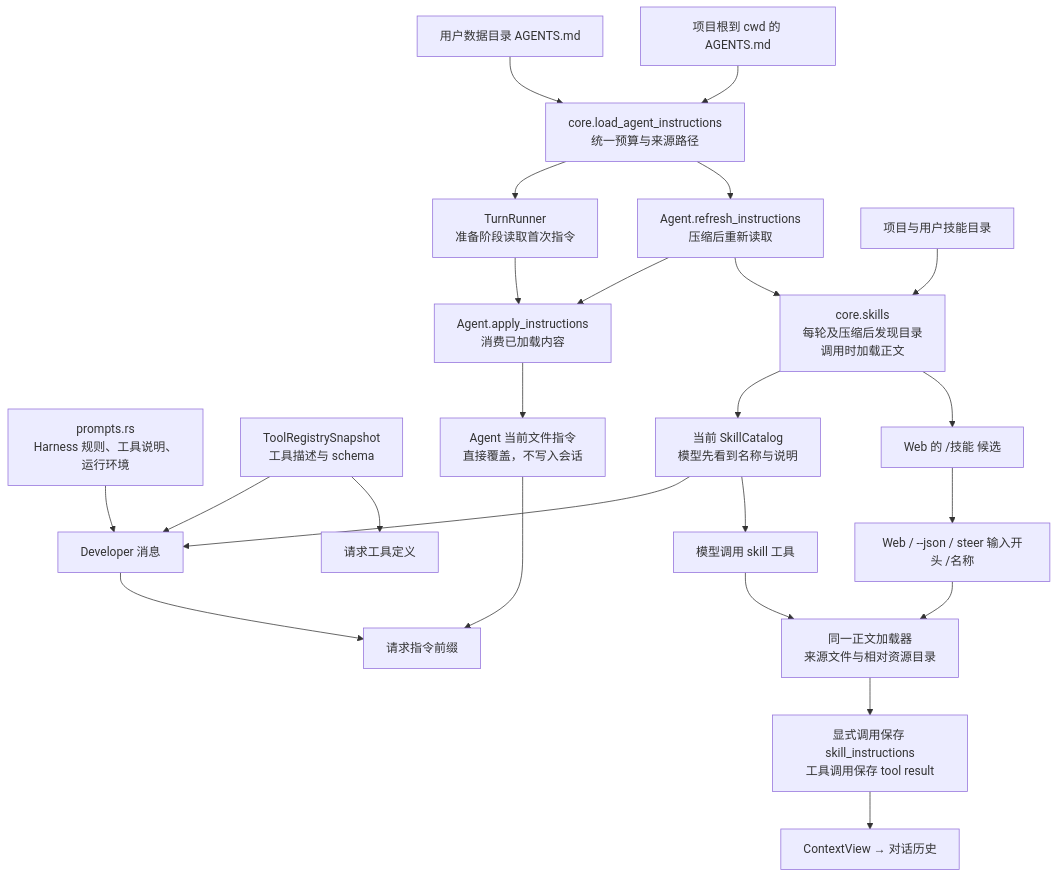
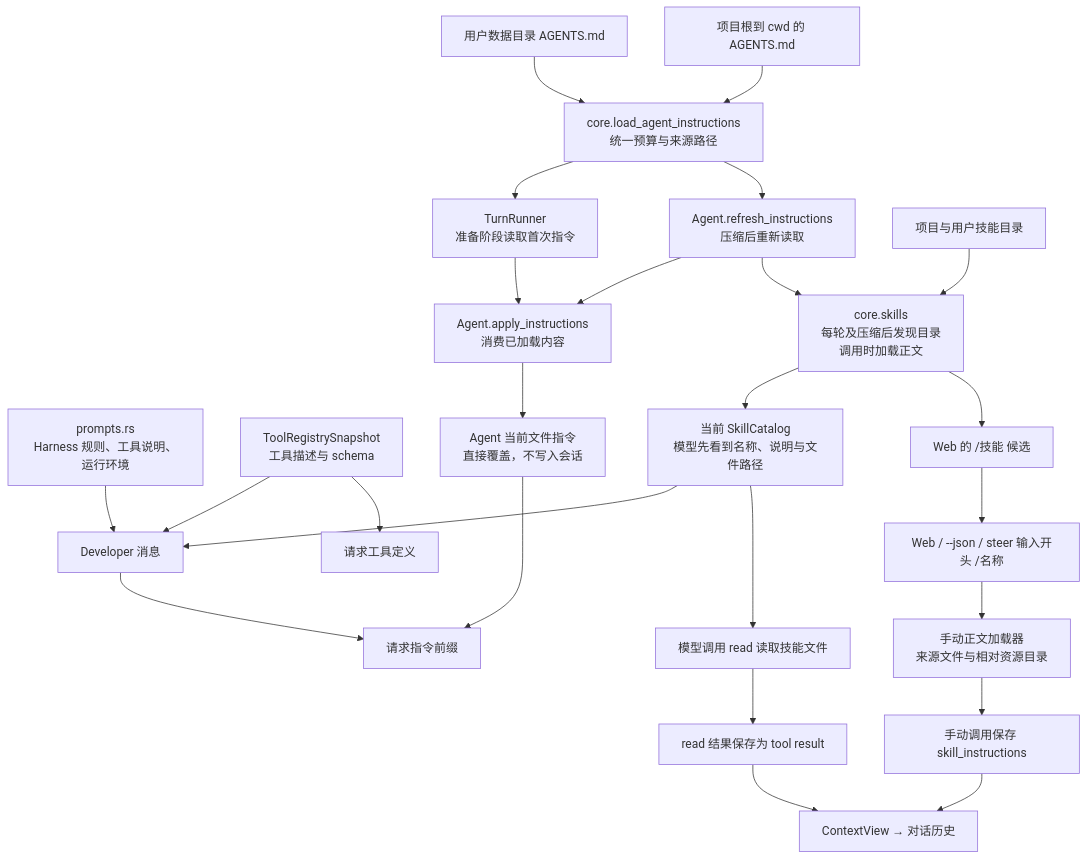
One commit to qjcnmd/singularity-agent changed diagram 21 of 29 in docs/architecture.md. Above: the diagram before and after it, drawn with Mermaid. The commit also changed other lines of this file and 3 other files, not shown here.

Commit message:
Route skill instructions through read

````diff
--- a/docs/architecture.md
+++ b/docs/architecture.md
@@ -581,26 +581,27 @@
 ```mermaid
 flowchart TB
     Prompt["prompts.rs<br/>Harness 规则、工具说明、运行环境"] --> Developer["Developer 消息"]
     Registry["ToolRegistrySnapshot<br/>工具描述与 schema"] --> Developer
     Registry --> Schemas["请求工具定义"]
     UserAgents["用户数据目录 AGENTS.md"] --> Loader["core.load_agent_instructions<br/>统一预算与来源路径"]
     ProjectAgents["项目根到 cwd 的 AGENTS.md"] --> Loader
     Loader --> Prepared["TurnRunner<br/>准备阶段读取首次指令"]
     Prepared --> Refresh["Agent.apply_instructions<br/>消费已加载内容"]
     Loader --> Reload["Agent.refresh_instructions<br/>压缩后重新读取"]
     Reload --> Refresh
     Refresh --> Current["Agent 当前文件指令<br/>直接覆盖，不写入会话"]
     SkillDirs["项目与用户技能目录"] --> Skills["core.skills<br/>每轮及压缩后发现目录<br/>调用时加载正文"]
     Reload --> Skills
-    Skills --> Catalog["当前 SkillCatalog<br/>模型先看到名称与说明"]
+    Skills --> Catalog["当前 SkillCatalog<br/>模型先看到名称、说明与文件路径"]
     Catalog --> Developer
-    Catalog --> ModelSkill["模型调用 skill 工具"]
+    Catalog --> ModelSkill["模型调用 read 读取技能文件"]
     Skills --> Candidates["Web 的 /技能 候选"]
     Candidates --> Manual["Web / --json / steer 输入开头 /名称"]
-    Manual --> Load["同一正文加载器<br/>来源文件与相对资源目录"]
-    ModelSkill --> Load
-    Load --> SkillEntry["显式调用保存 skill_instructions<br/>工具调用保存 tool result"]
+    Manual --> Load["手动正文加载器<br/>来源文件与相对资源目录"]
+    ModelSkill --> ToolResult["read 结果保存为 tool result"]
+    Load --> SkillEntry["手动调用保存 skill_instructions"]
     Current --> Prefix["请求指令前缀"]
     Developer --> Prefix
     SkillEntry --> Context["ContextView → 对话历史"]
+    ToolResult --> Context
 ```
````
